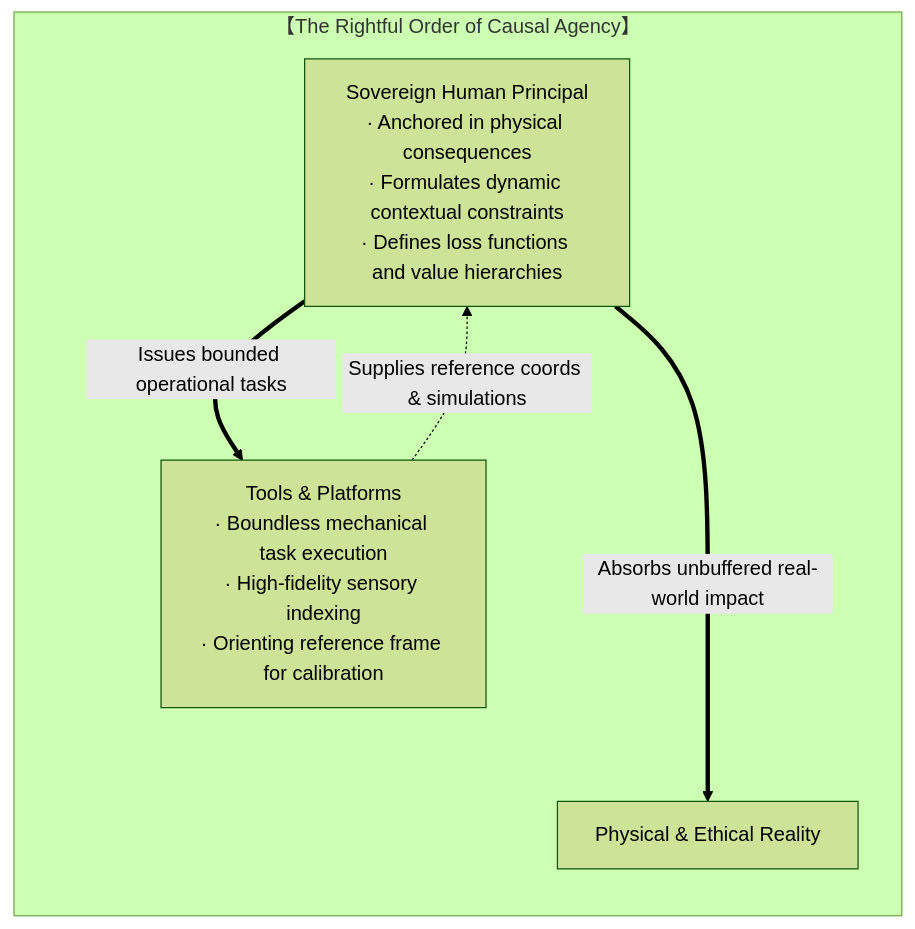
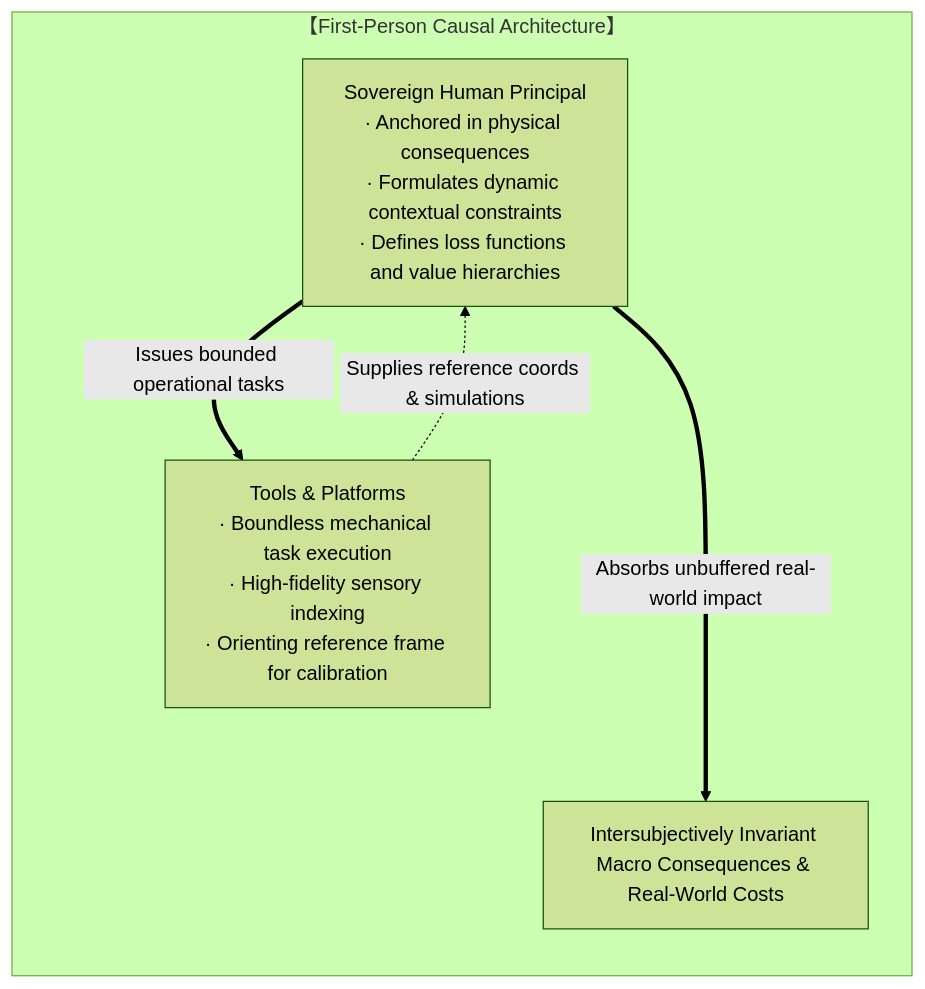
Before and after one commit to powerpig99/not-a-toe: diagram 11 of 11 in content/posts/the-delegation-of-the-task-and-the-inalienability-of-consequences.md, drawn with Mermaid (forest theme). The commit also changed other lines of this file and 4 other files, not shown here.

````diff
--- a/content/posts/the-delegation-of-the-task-and-the-inalienability-of-consequences.md
+++ b/content/posts/the-delegation-of-the-task-and-the-inalienability-of-consequences.md
@@ -318,11 +326,11 @@
 ```mermaid
 graph TD
-    subgraph Rightful_Order_EN["【The Rightful Order of Causal Agency】"]
+    subgraph FirstPerson_Causal_Structure_EN["【First-Person Causal Architecture】"]
         direction TB
         H_EN["Sovereign Human Principal<br/>· Anchored in physical consequences<br/>· Formulates dynamic contextual constraints<br/>· Defines loss functions and value hierarchies"]
         T_EN["Tools & Platforms<br/>· Boundless mechanical task execution<br/>· High-fidelity sensory indexing<br/>· Orienting reference frame for calibration"]
         H_EN ==>|"Issues bounded operational tasks"| T_EN
         T_EN -.->|"Supplies reference coords & simulations"| H_EN
-        H_EN ===>|"Absorbs unbuffered real-world impact"| R_EN["Physical & Ethical Reality"]
+        H_EN ===>|"Absorbs unbuffered real-world impact"| R_EN["Intersubjectively Invariant Macro Consequences & Real-World Costs"]
     end
 ```
````
